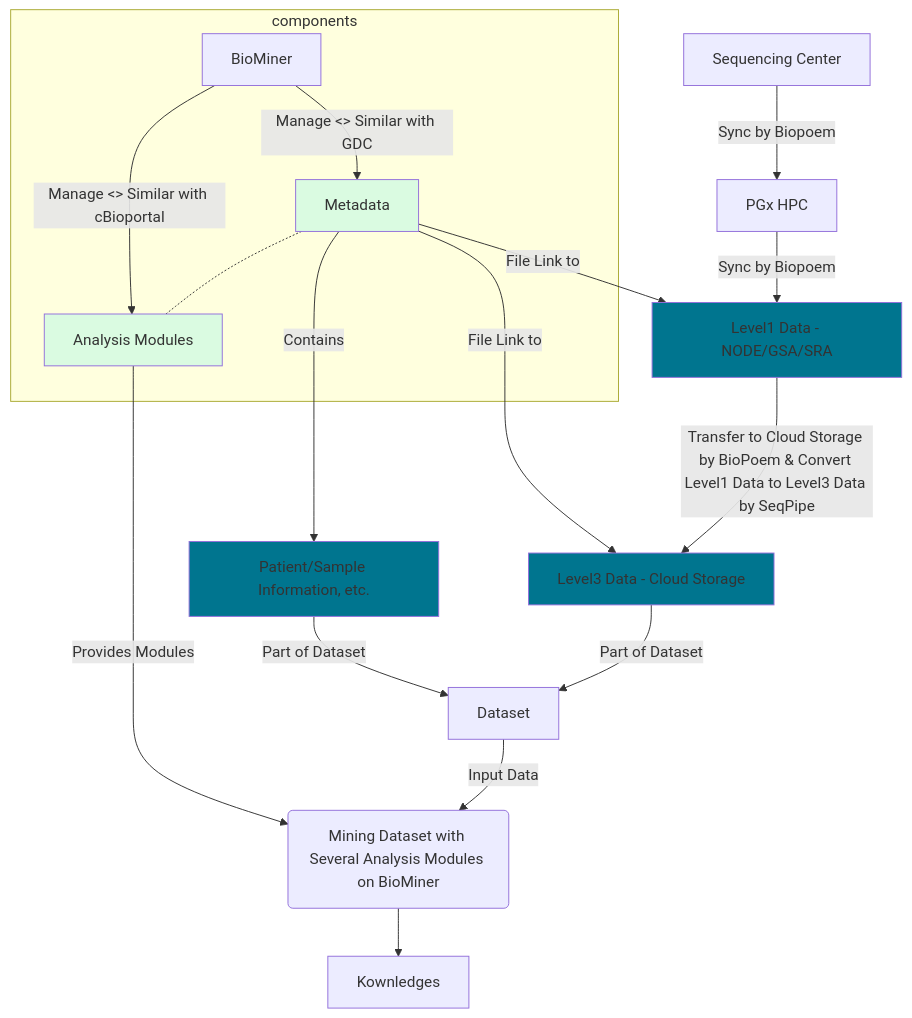
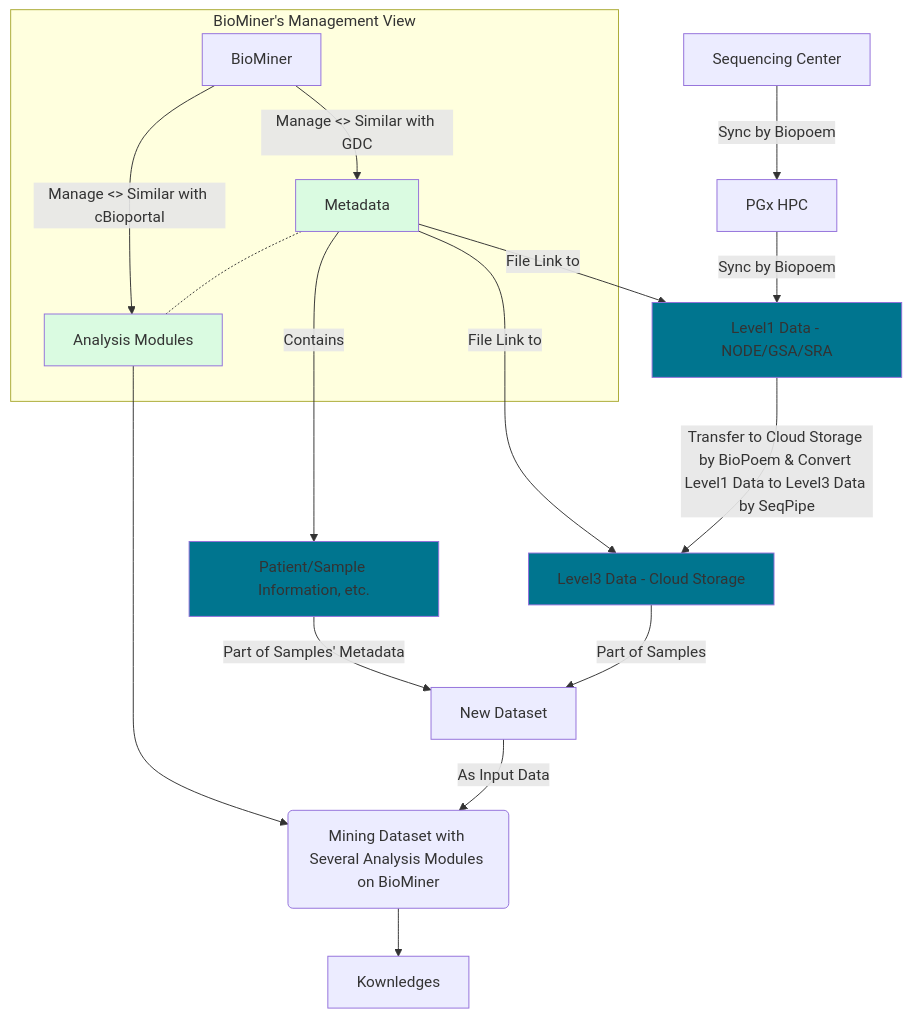
Before and after one commit to biominer-lab/.github: the second of 2 diagrams in profile/README.md, drawn with Mermaid. The commit also changed other lines of this file, not shown here.

Commit message:
Improve flowchart.

````diff
--- a/profile/README.md
+++ b/profile/README.md
@@ -82,26 +82,26 @@
 ```mermaid
 graph TD
-    subgraph components
+    subgraph BioMiner's Management View
       BioMiner -- Manage <> Similar with GDC --> Metadata[Metadata];
       BioMiner -- Manage <> Similar with cBioportal --> AnalysisModules[Analysis Modules];
       Metadata -.- AnalysisModules;
     end
 
     Metadata -- Contains --> Info[Patient/Sample Information, etc.];
     Metadata -- File Link to --> Level1[Level1 Data - NODE/GSA/SRA];
     Metadata -- File Link to --> Level3[Level3 Data - Cloud Storage];
     SeqSite[Sequencing Center] -- Sync by Biopoem --> HPC[PGx HPC];
     HPC -- Sync by Biopoem --> Level1[Level1 Data - NODE/GSA/SRA];
     Level1 -- Transfer to Cloud Storage by BioPoem & Convert Level1 Data to Level3 Data by SeqPipe  --> Level3;
-    AnalysisModules -- Provides Modules --> DownstreamAnalysis[Downstream Analysis];
-    Info -- Part of Dataset --> Dataset;
-    Level3 -- Part of Dataset --> Dataset;
-    Dataset -- Input Data --> DownstreamAnalysis(Mining Dataset with Several Analysis Modules on BioMiner);
+    AnalysisModules --> DownstreamAnalysis[Downstream Analysis];
+    Info -- Part of Samples' Metadata --> Dataset[New Dataset];
+    Level3 -- Part of Samples --> Dataset;
+    Dataset -- As Input Data --> DownstreamAnalysis(Mining Dataset with Several Analysis Modules on BioMiner);
     DownstreamAnalysis --> Kownledges;
     
     style Level1 fill:#00758f;
     style Level3 fill:#00758f;
     style Info fill:#00758f;
     style Metadata fill:#dafbe1;
     style AnalysisModules fill:#dafbe1;
 ```
````
